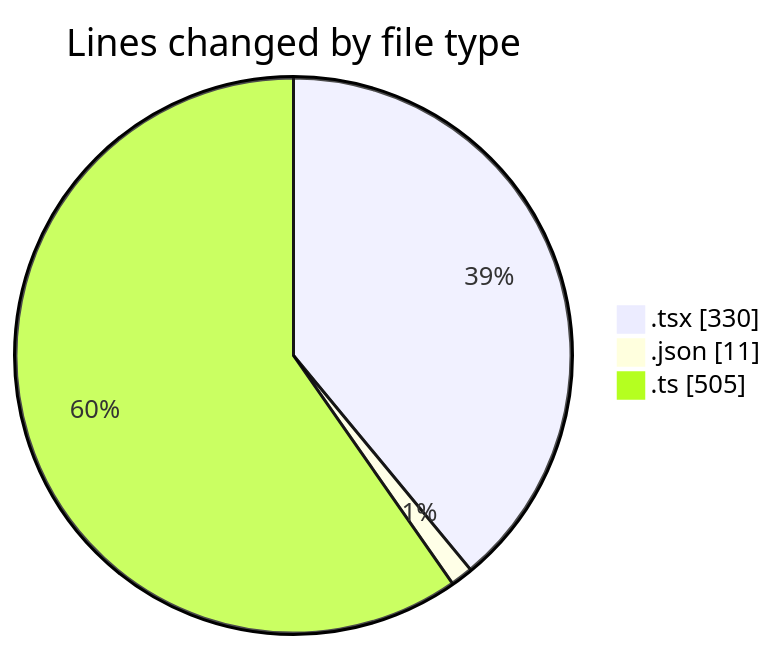
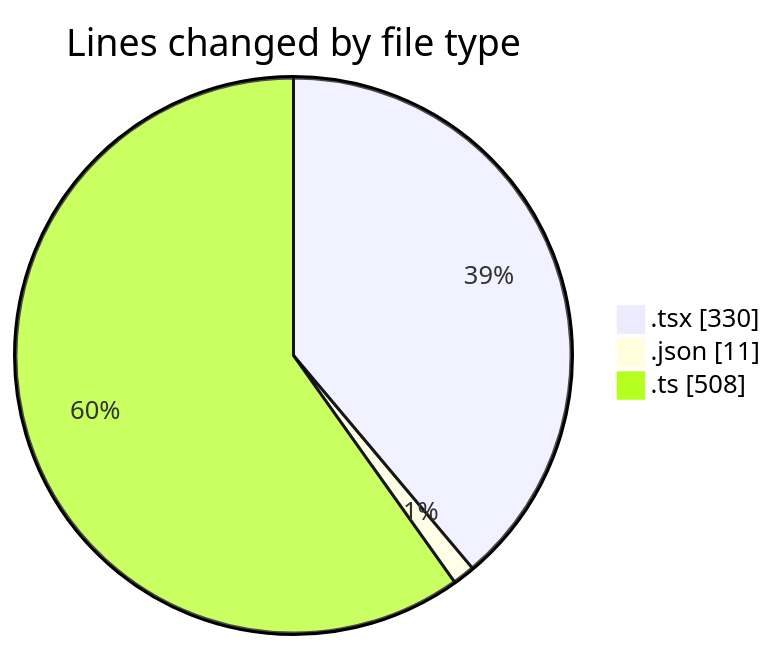
One commit to momahboobian/code-tracking changed the first of 2 diagrams in 2025-05-12/cda/README.md. Above: the diagram before and after it, drawn with Mermaid. The commit also changed other lines of this file and 1 other file, not shown here.

````diff
--- a/2025-05-12/cda/README.md
+++ b/2025-05-12/cda/README.md
@@ -31,7 +31,7 @@
 ```mermaid
 pie showData
 title Lines changed by file type
 ".tsx" : 330
 ".json" : 11
-".ts" : 505
+".ts" : 508
 ```
````
